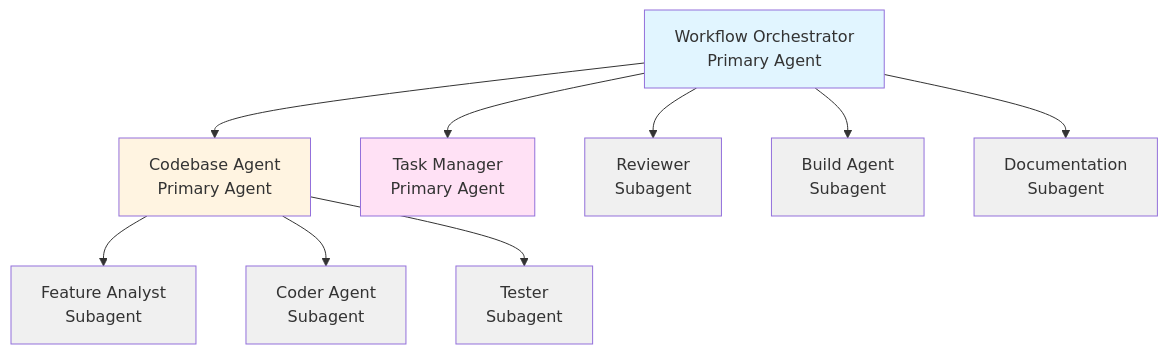
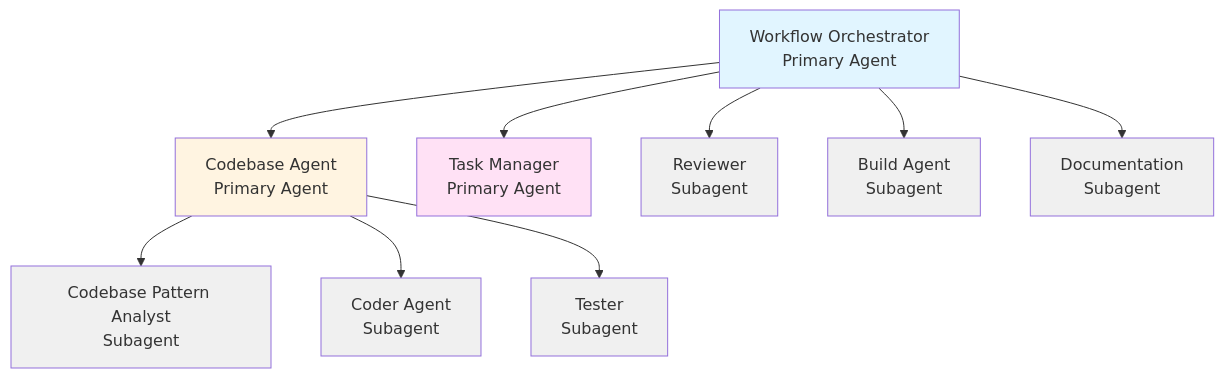
Before and after one commit to jesusidev/dotfiles: the second of 3 diagrams in opencode/.config/opencode/workflow-diagram.md, drawn with Mermaid. The commit also changed other lines of this file and 8 other files, not shown here.

First line of the commit message:
fix(opencode): revert to codebase-pattern-analyst to match OpenCode subagent types

````diff
--- a/opencode/.config/opencode/workflow-diagram.md
+++ b/opencode/.config/opencode/workflow-diagram.md
@@ -79,25 +79,25 @@
 ```mermaid
 graph TD
     WO[Workflow Orchestrator<br/>Primary Agent]
     
     WO --> CA[Codebase Agent<br/>Primary Agent]
     WO --> TM[Task Manager<br/>Primary Agent]
     
-    CA --> FA[Feature Analyst<br/>Subagent]
+    CA --> FA[Codebase Pattern Analyst<br/>Subagent]
     CA --> COD[Coder Agent<br/>Subagent]
     CA --> TST[Tester<br/>Subagent]
     
     WO --> REV[Reviewer<br/>Subagent]
     WO --> BLD[Build Agent<br/>Subagent]
     WO --> DOC[Documentation<br/>Subagent]
     
     style WO fill:#e1f5ff
     style CA fill:#fff4e1
     style TM fill:#ffe1f5
     style FA fill:#f0f0f0
     style COD fill:#f0f0f0
     style TST fill:#f0f0f0
     style REV fill:#f0f0f0
     style BLD fill:#f0f0f0
     style DOC fill:#f0f0f0
 ```
````
